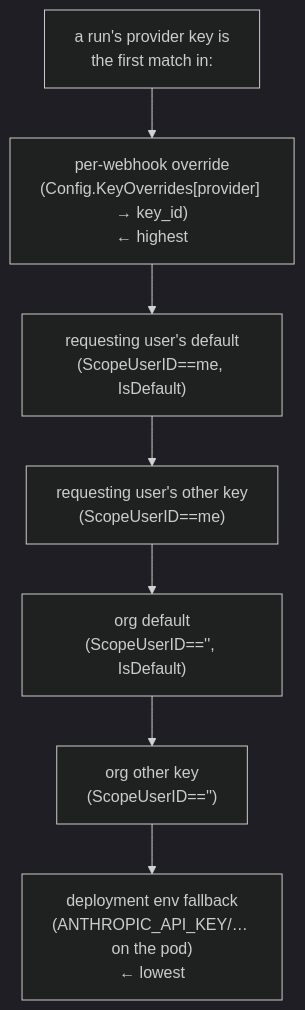
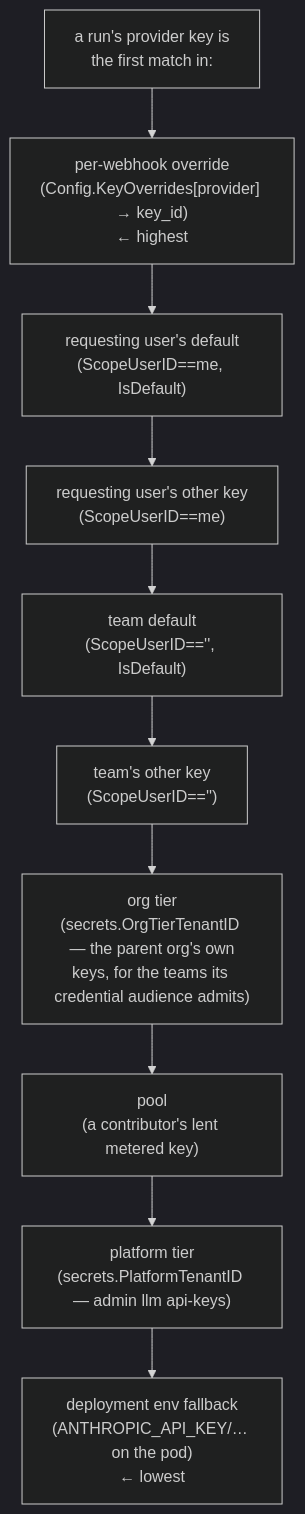
Before and after one commit to SocialGouv/iterion: the diagram in docs/byok.md, drawn with Mermaid (dark theme). The commit also changed other lines of this file and 6 other files, not shown here.

````diff
--- a/docs/byok.md
+++ b/docs/byok.md
@@ -15,16 +15,22 @@
 ```mermaid
 flowchart TD
   resolver["a run's provider key is<br/>the first match in:"]
   t1["per-webhook override<br/>(Config.KeyOverrides[provider] → key_id)<br/>← highest"]
   t2["requesting user's default<br/>(ScopeUserID==me, IsDefault)"]
   t3["requesting user's other key<br/>(ScopeUserID==me)"]
-  t4["org default<br/>(ScopeUserID=='', IsDefault)"]
-  t5["org other key<br/>(ScopeUserID=='')"]
-  t6["deployment env fallback<br/>(ANTHROPIC_API_KEY/… on the pod)<br/>← lowest"]
+  t4["team default<br/>(ScopeUserID=='', IsDefault)"]
+  t5["team's other key<br/>(ScopeUserID=='')"]
+  t6["org tier<br/>(secrets.OrgTierTenantID — the parent org's own<br/>keys, for the teams its credential audience admits)"]
+  t7["pool<br/>(a contributor's lent metered key)"]
+  t8["platform tier<br/>(secrets.PlatformTenantID — admin llm api-keys)"]
+  t9["deployment env fallback<br/>(ANTHROPIC_API_KEY/… on the pod)<br/>← lowest"]
   resolver --> t1
   t1 --> t2
   t2 --> t3
   t3 --> t4
   t4 --> t5
   t5 --> t6
+  t6 --> t7
+  t7 --> t8
+  t8 --> t9
 ```
````
